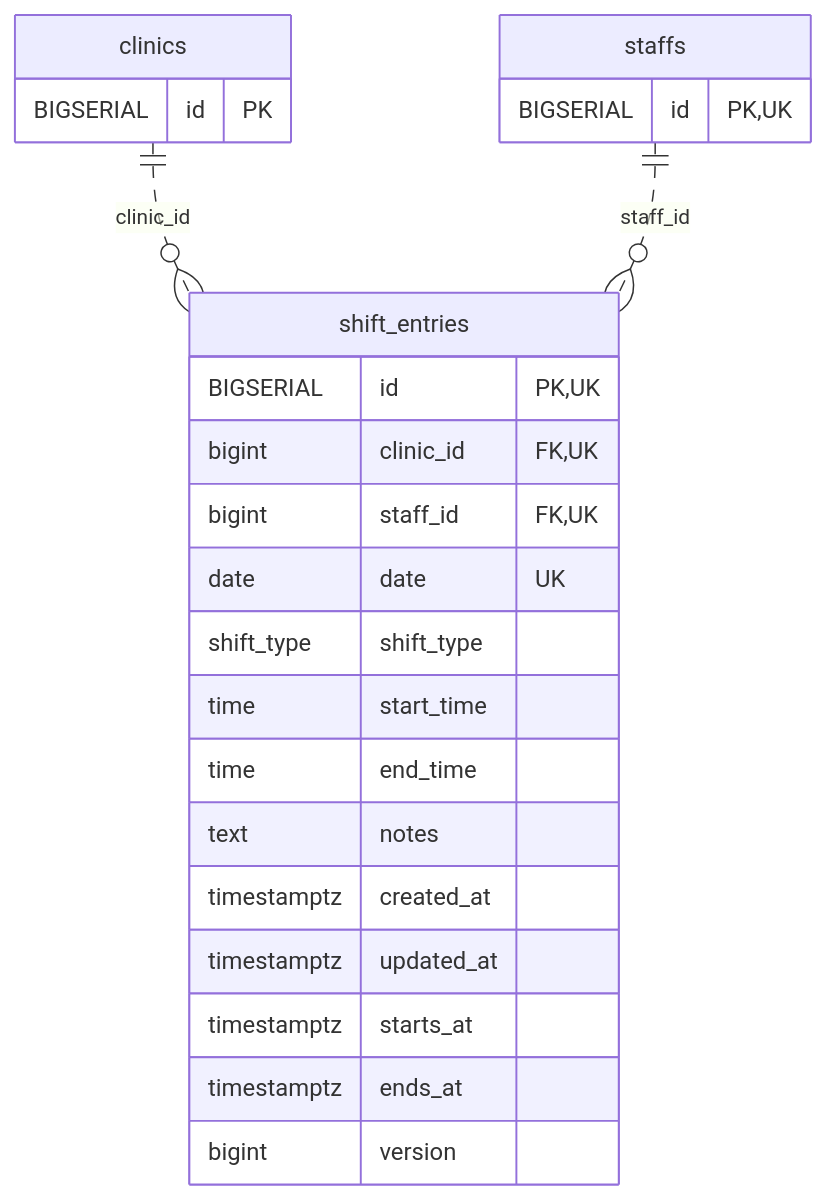
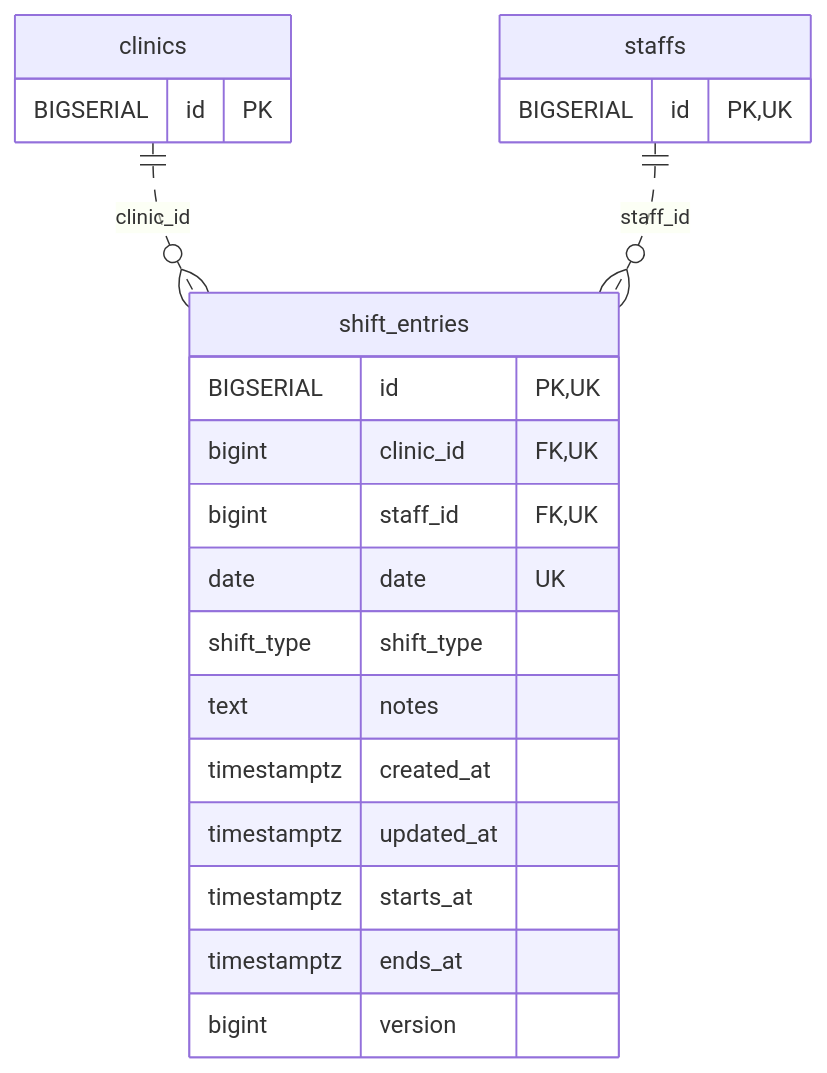
The diagram in docs/architecture/erd-detail/shift_entries.md (MinoruSoga/AnimalEkarte), drawn with Mermaid before and after one commit. The commit also changed other lines of this file and 147 other files, not shown here.

````diff
--- a/docs/architecture/erd-detail/shift_entries.md
+++ b/docs/architecture/erd-detail/shift_entries.md
@@ -36,26 +34,24 @@
 ```mermaid
 erDiagram
     shift_entries {
         BIGSERIAL id PK,UK
         bigint clinic_id FK,UK
         bigint staff_id FK,UK
         date date UK
         shift_type shift_type
-        time start_time
-        time end_time
         text notes
         timestamptz created_at
         timestamptz updated_at
         timestamptz starts_at
         timestamptz ends_at
         bigint version
     }
     clinics {
         BIGSERIAL id PK
     }
     staffs {
         BIGSERIAL id PK,UK
     }
     clinics ||..o{ shift_entries : "clinic_id"
     staffs ||..o{ shift_entries : "staff_id"
 ```
````
